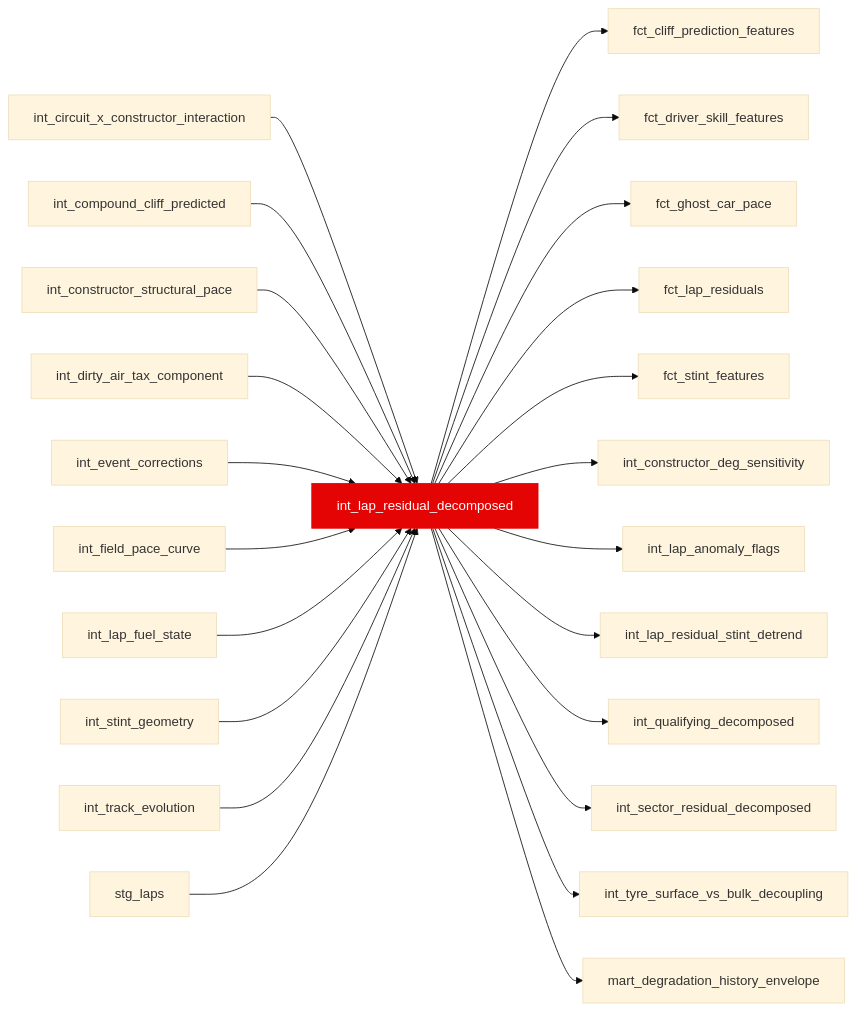
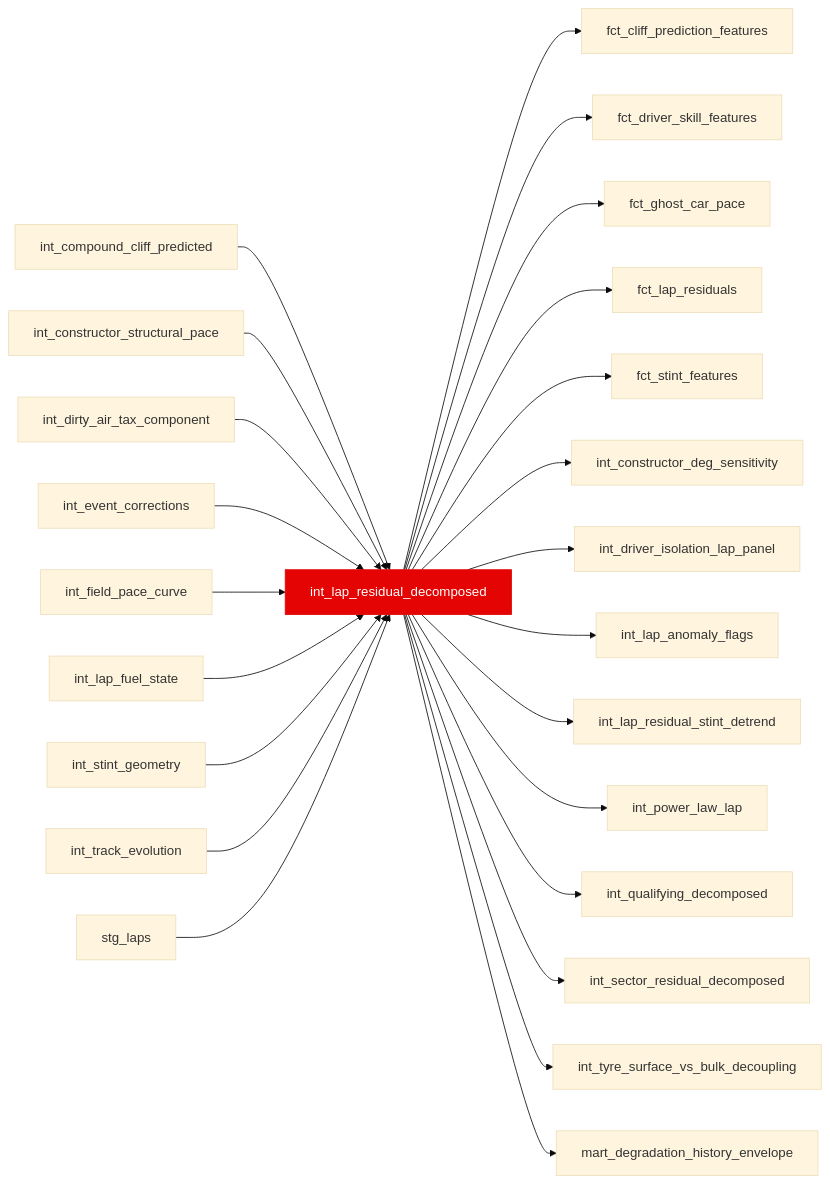
The diagram in docs/reference/models/int/int_lap_residual_decomposed.mdx (JustinClarke/off-the-pace), drawn with Mermaid (base theme) before and after one commit. The commit also changed other lines of this file and 79 other files, not shown here.

````diff
--- a/docs/reference/models/int/int_lap_residual_decomposed.mdx
+++ b/docs/reference/models/int/int_lap_residual_decomposed.mdx
@@ -17,26 +17,27 @@
 ```mermaid
 flowchart LR
-  int_circuit_x_constructor_interaction --> int_lap_residual_decomposed
   int_compound_cliff_predicted --> int_lap_residual_decomposed
   int_constructor_structural_pace --> int_lap_residual_decomposed
   int_dirty_air_tax_component --> int_lap_residual_decomposed
   int_event_corrections --> int_lap_residual_decomposed
   int_field_pace_curve --> int_lap_residual_decomposed
   int_lap_fuel_state --> int_lap_residual_decomposed
   int_stint_geometry --> int_lap_residual_decomposed
   int_track_evolution --> int_lap_residual_decomposed
   stg_laps --> int_lap_residual_decomposed
   int_lap_residual_decomposed --> fct_cliff_prediction_features
   int_lap_residual_decomposed --> fct_driver_skill_features
   int_lap_residual_decomposed --> fct_ghost_car_pace
   int_lap_residual_decomposed --> fct_lap_residuals
   int_lap_residual_decomposed --> fct_stint_features
   int_lap_residual_decomposed --> int_constructor_deg_sensitivity
+  int_lap_residual_decomposed --> int_driver_isolation_lap_panel
   int_lap_residual_decomposed --> int_lap_anomaly_flags
   int_lap_residual_decomposed --> int_lap_residual_stint_detrend
+  int_lap_residual_decomposed --> int_power_law_lap
   int_lap_residual_decomposed --> int_qualifying_decomposed
   int_lap_residual_decomposed --> int_sector_residual_decomposed
   int_lap_residual_decomposed --> int_tyre_surface_vs_bulk_decoupling
   int_lap_residual_decomposed --> mart_degradation_history_envelope
   style int_lap_residual_decomposed fill:#e40404,stroke:#e40404,color:#fff
 ```
````
